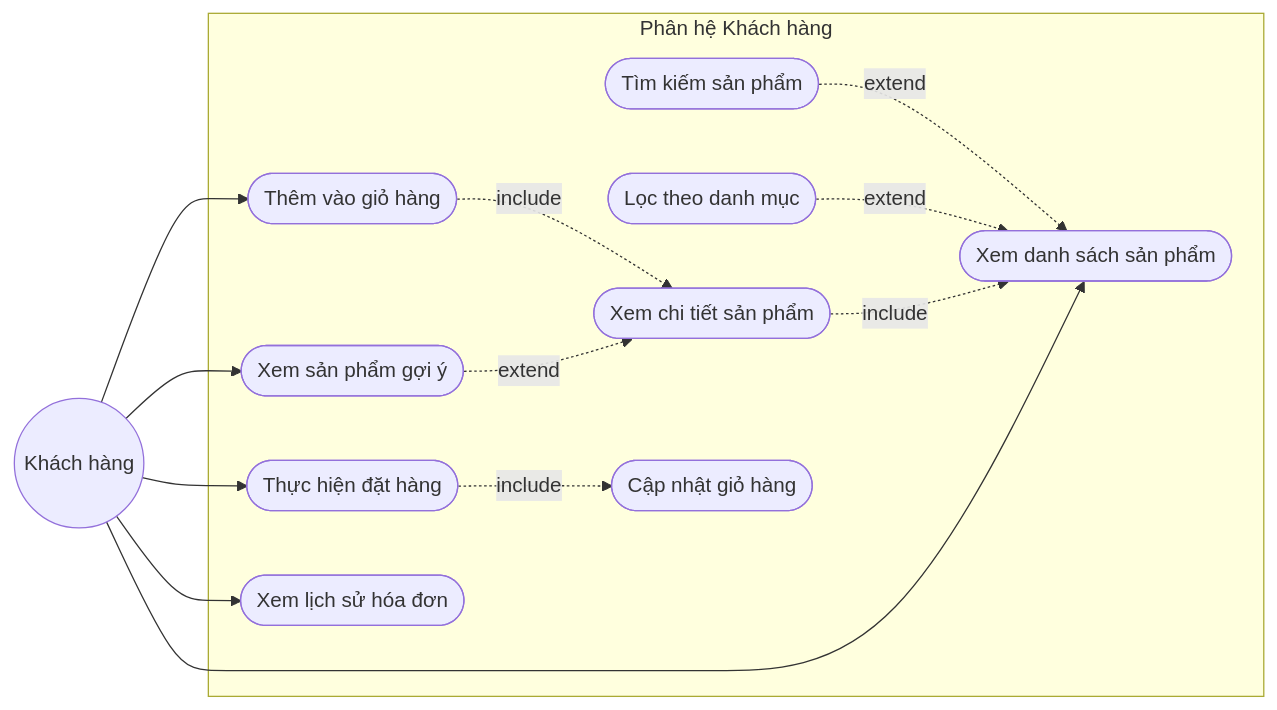
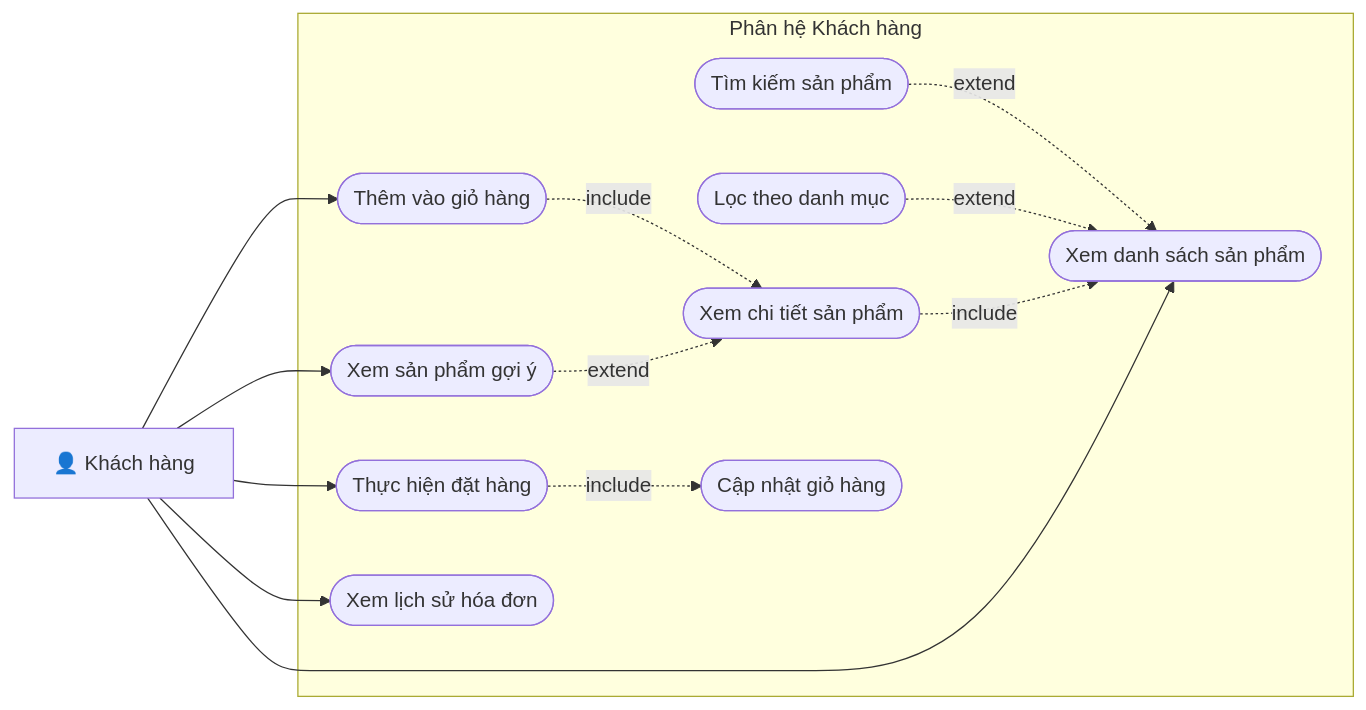
The second of 8 diagrams in BaoCaoNhom_PTTKHT.md (TrDieux18/eCommerce-react_dark), drawn with Mermaid before and after one commit. The commit also changed other lines of this file, not shown here.

````diff
--- a/BaoCaoNhom_PTTKHT.md
+++ b/BaoCaoNhom_PTTKHT.md
@@ -108,29 +108,29 @@
 ```mermaid
 flowchart LR
-  Client((Khách hàng))
+  Client["👤 Khách hàng"]
 
   subgraph CustomerSystem["Phân hệ Khách hàng"]
     UC_List(["Xem danh sách sản phẩm"])
     UC_Search(["Tìm kiếm sản phẩm"])
     UC_Filter(["Lọc theo danh mục"])
     UC_Detail(["Xem chi tiết sản phẩm"])
     UC_AddToCart(["Thêm vào giỏ hàng"])
     UC_UpdateCart(["Cập nhật giỏ hàng"])
     UC_PlaceOrder(["Thực hiện đặt hàng"])
     UC_GetRec(["Xem sản phẩm gợi ý"])
     UC_ViewInv(["Xem lịch sử hóa đơn"])
   end
 
   UC_Search -.->|extend| UC_List
   UC_Filter -.->|extend| UC_List
   UC_Detail -.->|include| UC_List
   UC_AddToCart -.->|include| UC_Detail
   UC_PlaceOrder -.->|include| UC_UpdateCart
   UC_GetRec -.->|extend| UC_Detail
 
   Client --> UC_List
   Client --> UC_AddToCart
   Client --> UC_PlaceOrder
   Client --> UC_ViewInv
   Client --> UC_GetRec
 ```
````
